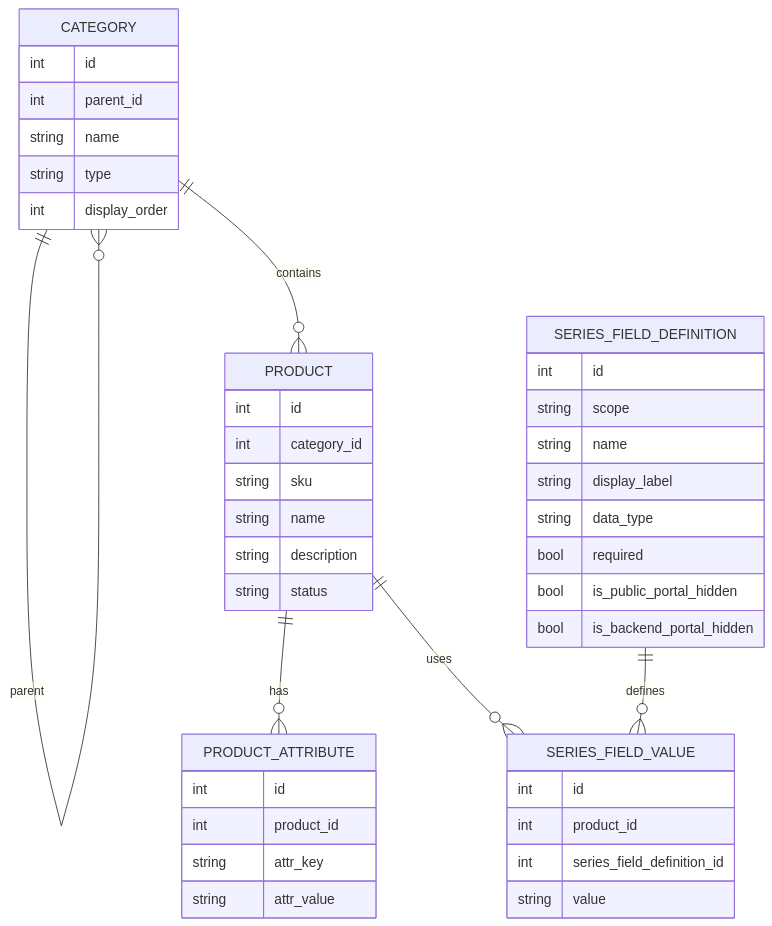
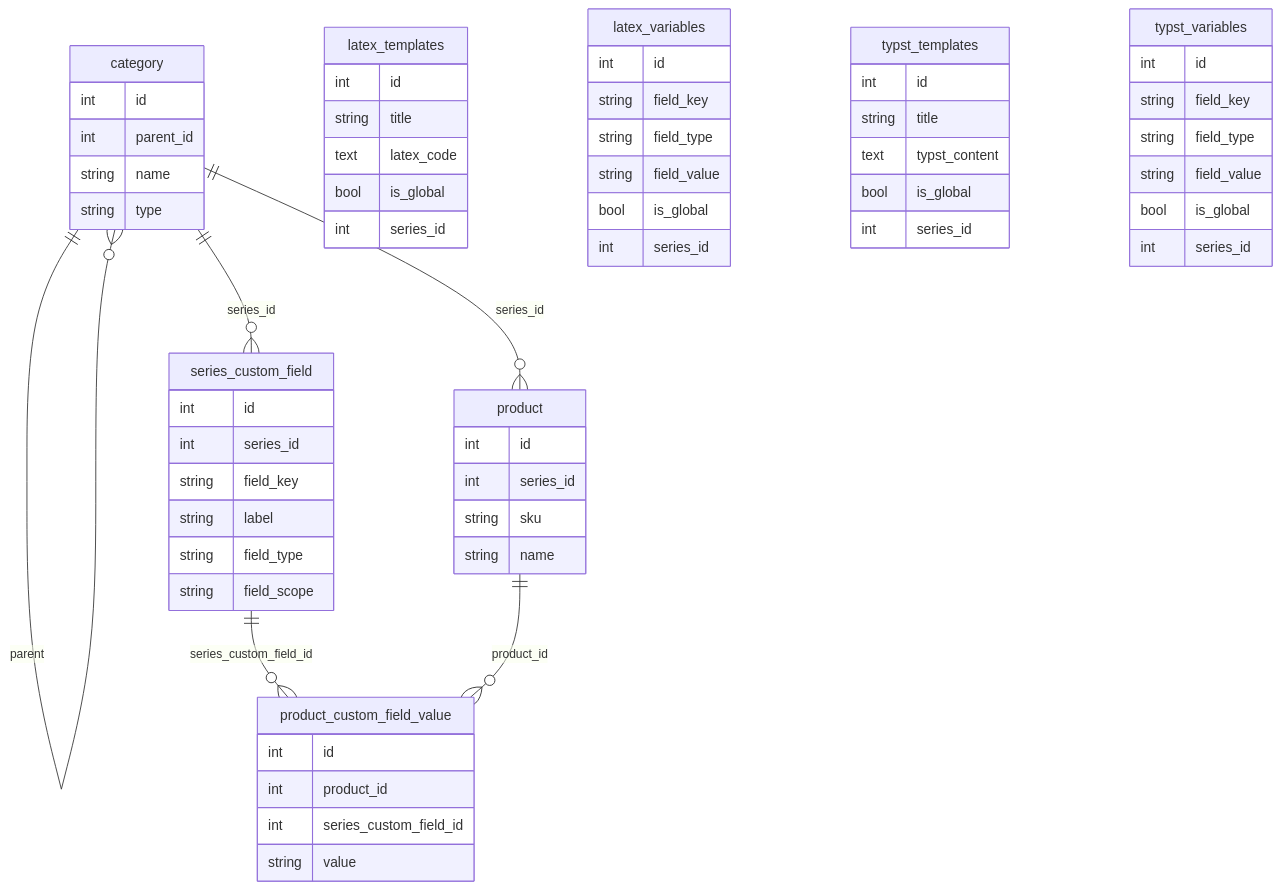
The fourth of 9 diagrams in docs/spec.md (sinjie2008/Foundational-Electronics-Core-Systems), drawn with Mermaid before and after one commit. The commit also changed other lines of this file and 31 other files, not shown here.

````diff
--- a/docs/spec.md
+++ b/docs/spec.md
@@ -385,45 +68,64 @@
 ```mermaid
 erDiagram
-  CATEGORY ||--o{ CATEGORY : parent
-  CATEGORY ||--o{ PRODUCT : contains
-  PRODUCT ||--o{ PRODUCT_ATTRIBUTE : has
-  PRODUCT ||--o{ SERIES_FIELD_VALUE : uses
-  SERIES_FIELD_DEFINITION ||--o{ SERIES_FIELD_VALUE : defines
-  CATEGORY {
-    int id
-    int parent_id
-    string name
-    string type
-    int display_order
-  }
-  PRODUCT {
-    int id
-    int category_id
-    string sku
-    string name
-    string description
-    string status
-  }
-  PRODUCT_ATTRIBUTE {
-    int id
-    int product_id
-    string attr_key
-    string attr_value
-  }
-  SERIES_FIELD_DEFINITION {
-    int id
-    string scope
-    string name
-    string display_label
-    string data_type
-    bool required
-    bool is_public_portal_hidden
-    bool is_backend_portal_hidden
-  }
-  SERIES_FIELD_VALUE {
-    int id
-    int product_id
-    int series_field_definition_id
-    string value
-  }
+    category ||--o{ category : parent
+    category ||--o{ product : series_id
+    category ||--o{ series_custom_field : series_id
+    series_custom_field ||--o{ product_custom_field_value : series_custom_field_id
+    product ||--o{ product_custom_field_value : product_id
+    category {
+        int id
+        int parent_id
+        string name
+        string type
+    }
+    product {
+        int id
+        int series_id
+        string sku
+        string name
+    }
+    series_custom_field {
+        int id
+        int series_id
+        string field_key
+        string label
+        string field_type
+        string field_scope
+    }
+    product_custom_field_value {
+        int id
+        int product_id
+        int series_custom_field_id
+        string value
+    }
+    latex_templates {
+        int id
+        string title
+        text latex_code
+        bool is_global
+        int series_id
+    }
+    latex_variables {
+        int id
+        string field_key
+        string field_type
+        string field_value
+        bool is_global
+        int series_id
+    }
+    typst_templates {
+        int id
+        string title
+        text typst_content
+        bool is_global
+        int series_id
+    }
+    typst_variables {
+        int id
+        string field_key
+        string field_type
+        string field_value
+        bool is_global
+        int series_id
+    }
 ```
````
